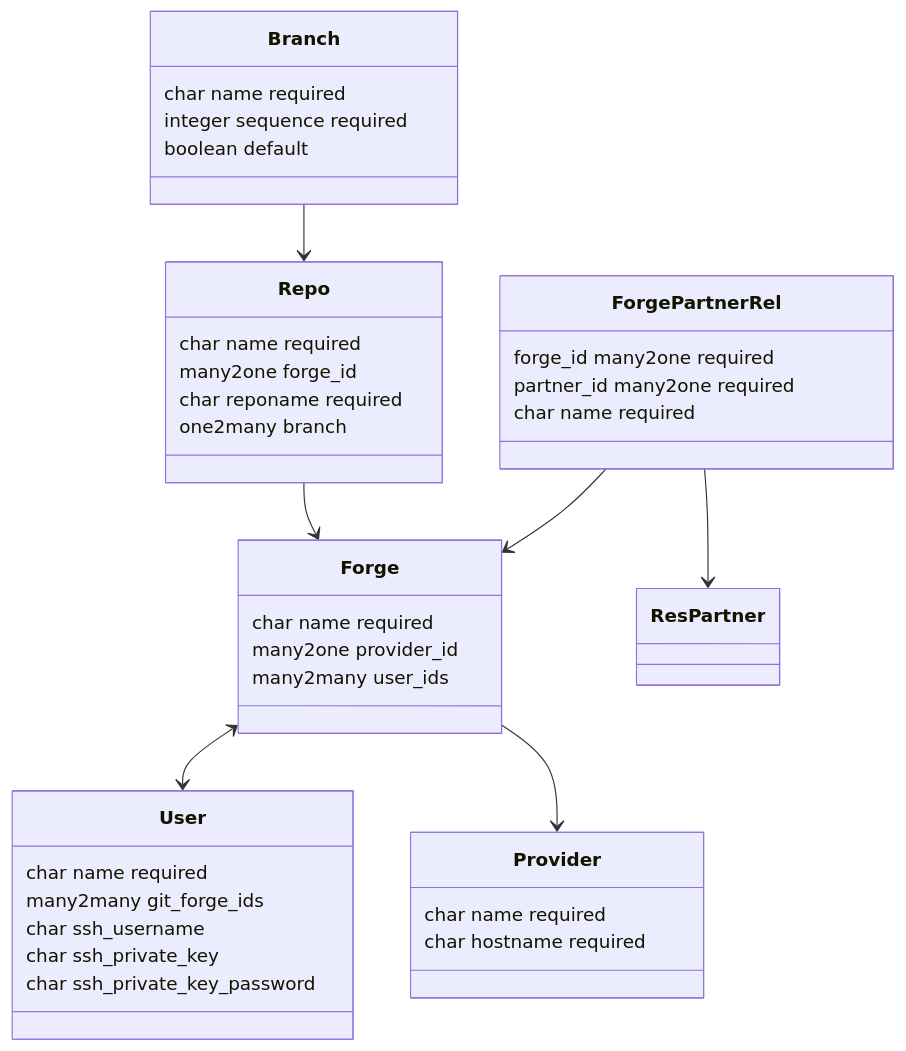
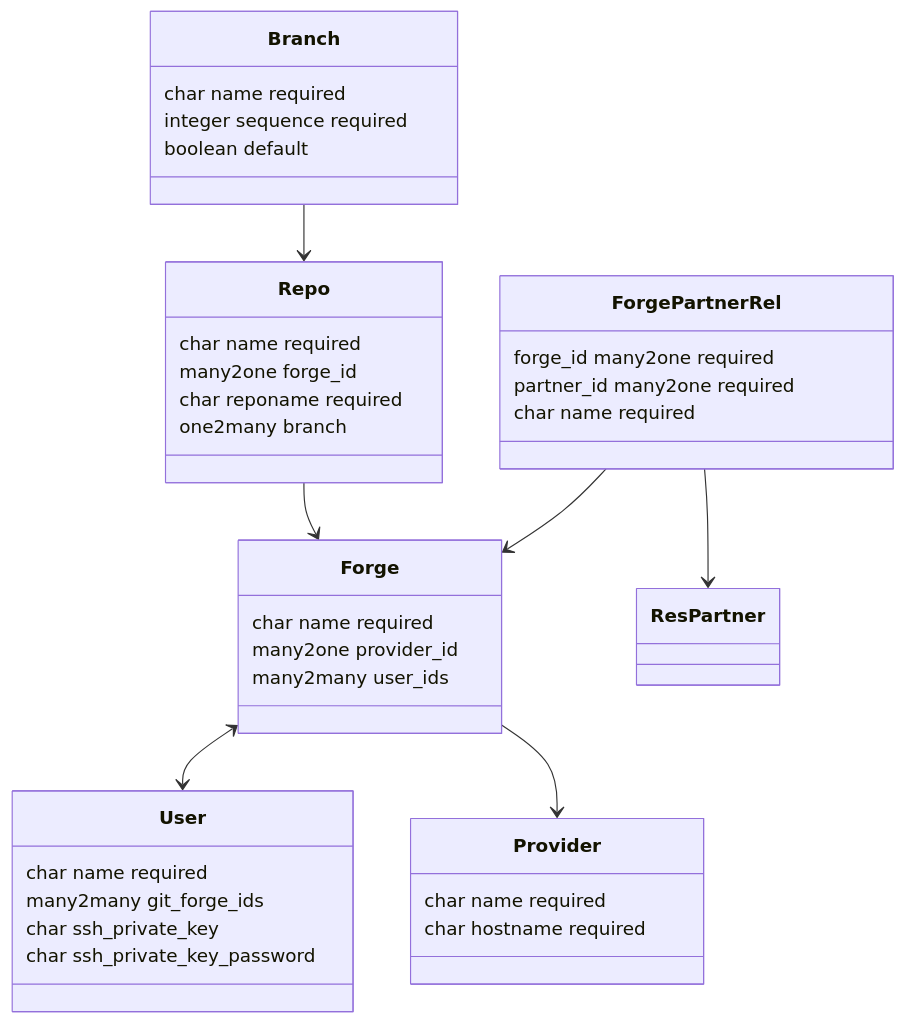
The diagram in Specification Git Kubernetes.md (Mint-System/Wiki), drawn with Mermaid before and after one commit. The commit also changed other lines of this file, not shown here.

````diff
--- a/Specification Git Kubernetes.md
+++ b/Specification Git Kubernetes.md
@@ -21,47 +21,46 @@
 ```mermaid
 classDiagram
     Forge <--> User
 	ForgePartnerRel --> Forge
 	Forge --> Provider
 	ForgePartnerRel --> ResPartner
 	Repo --> Forge
 	Branch --> Repo
 	
     class User {
 		char name required
 		many2many git_forge_ids
-		char ssh_username
 		char ssh_private_key
 		char ssh_private_key_password
     }
 
 	class Forge {
 		char name required
 		many2one provider_id
 		many2many user_ids
 	}
 	
 	class Provider {
 		char name required
 		char hostname required
 	}
 
 	class ForgePartnerRel {
 		forge_id many2one required
 		partner_id many2one required
 		char name required
 	}
 
     class Repo{
 		char name required
 		many2one forge_id
 		char reponame required
 		one2many branch
     }
 
     class Branch{
 		char name required
 		integer sequence required
 		boolean default
     }
 ```
````
